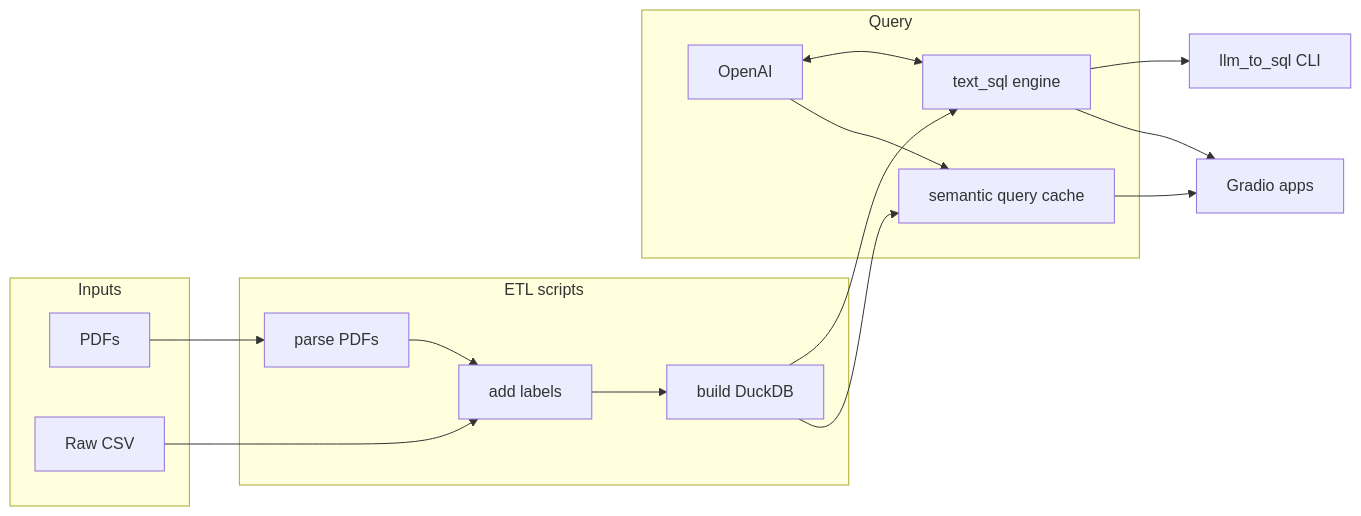
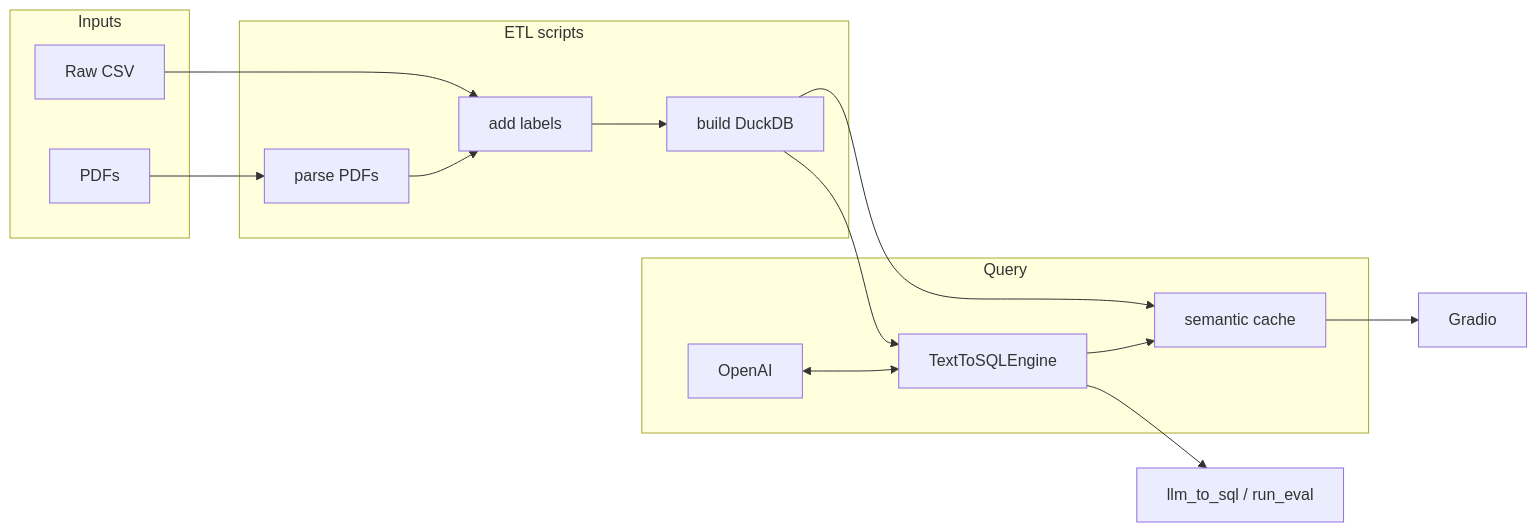
Before and after one commit to Hrsh-12/talk2data: the diagram in docs/Codebase.md, drawn with Mermaid. The commit also changed other lines of this file and 22 other files, not shown here.

````diff
--- a/docs/Codebase.md
+++ b/docs/Codebase.md
@@ -92,28 +97,27 @@
 ```mermaid
 flowchart LR
   subgraph inputs [Inputs]
     PDFs[PDFs]
     Raw[Raw CSV]
   end
   subgraph etl [ETL scripts]
     S1[parse PDFs]
     S2[add labels]
     S3[build DuckDB]
   end
   subgraph q [Query]
-    E[text_sql engine]
-    C[semantic query cache]
+    E[TextToSQLEngine]
+    C[semantic cache]
     API[OpenAI]
   end
   PDFs --> S1
   Raw --> S2
   S1 --> S2
   S2 --> S3
   S3 --> E
   S3 --> C
   API <--> E
-  API --> C
-  C --> UI
-  E --> CLI[llm_to_sql CLI]
-  E --> UI[Gradio apps]
+  E --> C
+  C --> UI[Gradio]
+  E --> CLI[llm_to_sql / run_eval]
 ```
````
